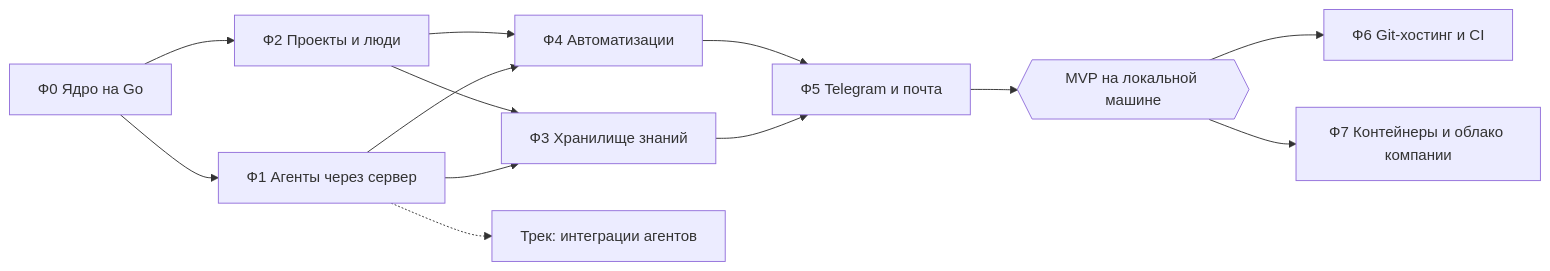
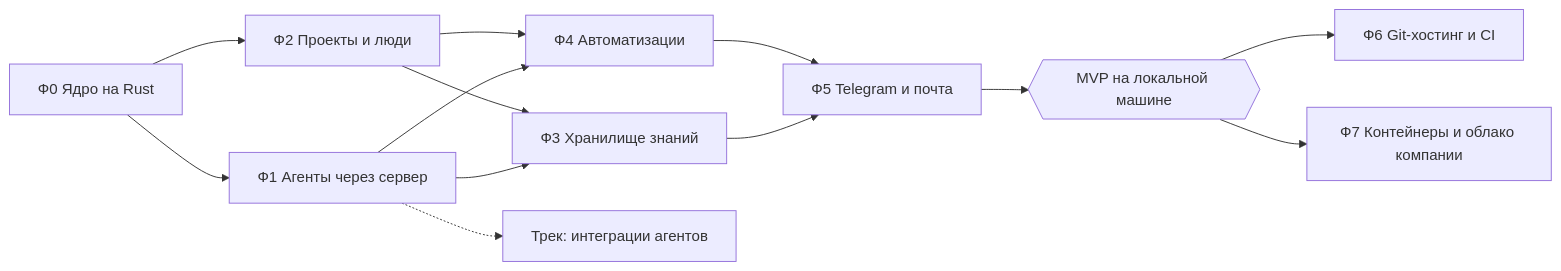
One commit to StepanDubrovin/genie changed the diagram in docs/platform/roadmap.md. Above: the diagram before and after it, drawn with Mermaid. The commit also changed other lines of this file and 4 other files, not shown here.

````diff
--- a/docs/platform/roadmap.md
+++ b/docs/platform/roadmap.md
@@ -22,15 +22,15 @@
 ```mermaid
 flowchart LR
-  F0[Ф0 Ядро на Go] --> F1[Ф1 Агенты через сервер]
+  F0[Ф0 Ядро на Rust] --> F1[Ф1 Агенты через сервер]
   F0 --> F2[Ф2 Проекты и люди]
   F1 --> F3[Ф3 Хранилище знаний]
   F2 --> F3
   F1 --> F4[Ф4 Автоматизации]
   F2 --> F4
   F3 --> F5[Ф5 Telegram и почта]
   F4 --> F5
   F5 --> MVP{{MVP на локальной машине}}
   MVP --> F6[Ф6 Git-хостинг и CI]
   MVP --> F7[Ф7 Контейнеры и облако компании]
   F1 -.-> AI[Трек: интеграции агентов]
 ```
````
